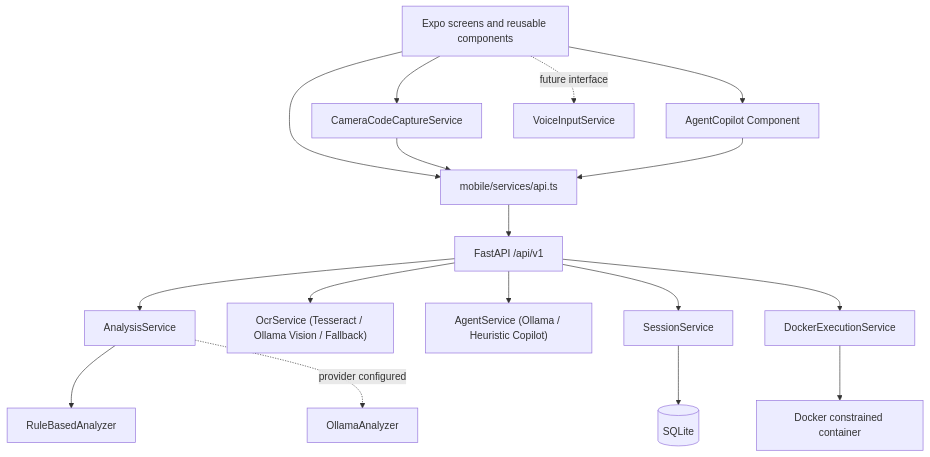
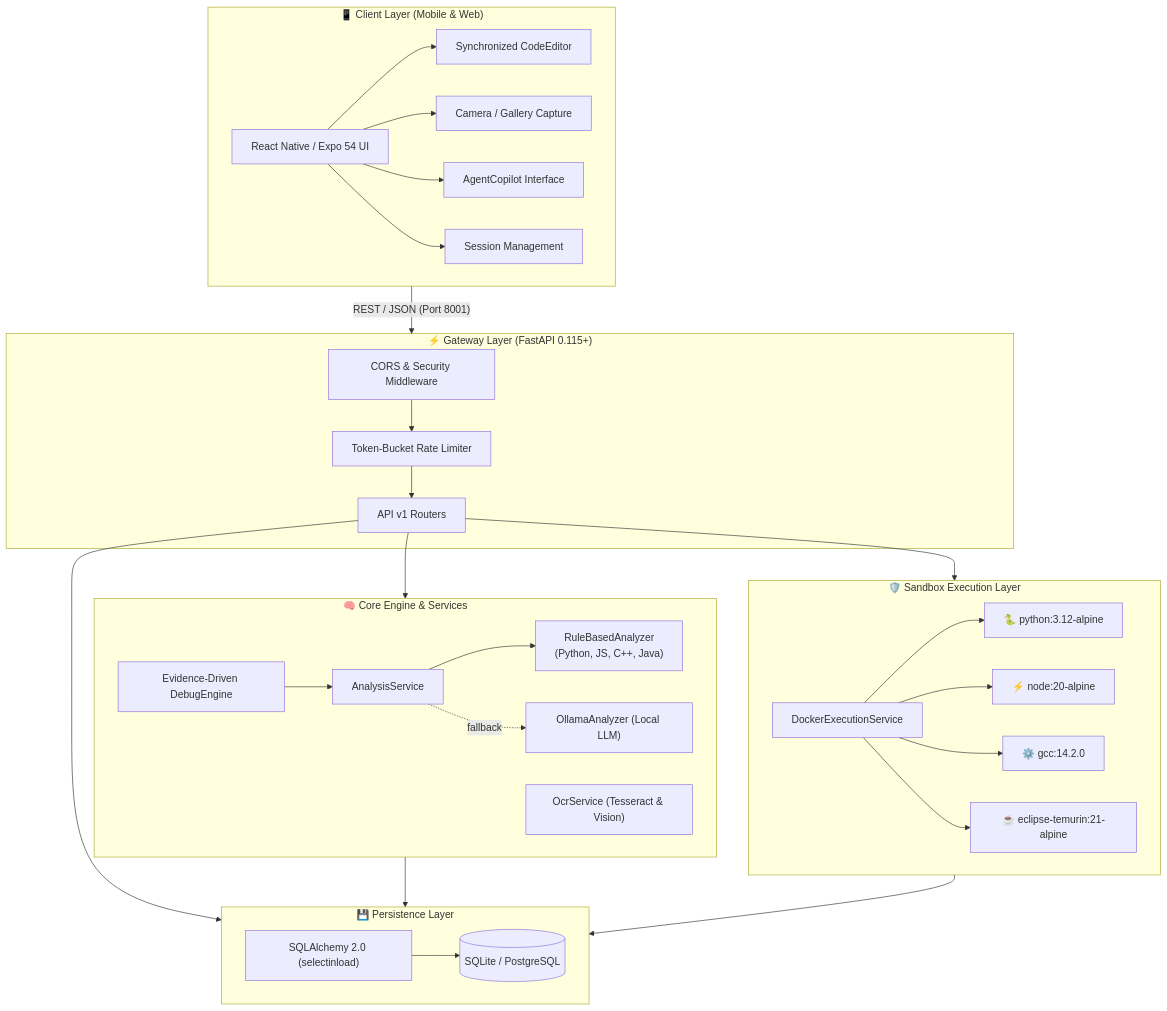
The first of 6 diagrams in docs/ARCHITECTURE.md (Bit-manipulators/DevLense), drawn with Mermaid before and after one commit. The commit also changed other lines of this file and 7 other files, not shown here.

````diff
--- a/docs/ARCHITECTURE.md
+++ b/docs/ARCHITECTURE.md
@@ -5,15 +43,59 @@
 ```mermaid
 flowchart TB
-  UI["Expo screens and reusable components"] --> API["mobile/services/api.ts"]
-  API --> REST["FastAPI /api/v1"]
-  REST --> AS["AnalysisService"]
-  AS --> RB["RuleBasedAnalyzer"]
-  AS -. provider configured .-> OL["OllamaAnalyzer"]
-  REST --> OCR["OcrService (Tesseract / Ollama Vision / Fallback)"]
-  REST --> AG["AgentService (Ollama / Heuristic Copilot)"]
-  REST --> SS["SessionService"] --> DB[("SQLite")]
-  REST --> ES["DockerExecutionService"] --> DC["Docker constrained container"]
-  UI --> CAM["CameraCodeCaptureService"] --> API
-  UI --> COPILOT["AgentCopilot Component"] --> API
-  UI -. future interface .-> VOICE["VoiceInputService"]
+    subgraph ClientLayer["📱 Client Layer (Mobile & Web)"]
+        UI["React Native / Expo 54 UI"]
+        Editor["Synchronized CodeEditor"]
+        Camera["Camera / Gallery Capture"]
+        Copilot["AgentCopilot Interface"]
+        History["Session Management"]
+        UI --> Editor
+        UI --> Camera
+        UI --> Copilot
+        UI --> History
+    end
+
+    subgraph APILayer["⚡ Gateway Layer (FastAPI 0.115+)"]
+        CORS["CORS & Security Middleware"]
+        Limiter["Token-Bucket Rate Limiter"]
+        Router["API v1 Routers"]
+        CORS --> Limiter --> Router
+    end
+
+    subgraph ServiceLayer["🧠 Core Engine & Services"]
+        AnalysisSvc["AnalysisService"]
+        RuleEngine["RuleBasedAnalyzer\n(Python, JS, C++, Java)"]
+        OllamaEngine["OllamaAnalyzer (Local LLM)"]
+        OcrSvc["OcrService (Tesseract & Vision)"]
+        DebugEngine["Evidence-Driven DebugEngine"]
+        
+        AnalysisSvc --> RuleEngine
+        AnalysisSvc -. fallback .-> OllamaEngine
+        DebugEngine --> AnalysisSvc
+    end
+
+    subgraph SandboxLayer["🛡️ Sandbox Execution Layer"]
+        DockerMgr["DockerExecutionService"]
+        PyBox["🐍 python:3.12-alpine"]
+        NodeBox["⚡ node:20-alpine"]
+        CppBox["⚙️ gcc:14.2.0"]
+        JavaBox["☕ eclipse-temurin:21-alpine"]
+        
+        DockerMgr --> PyBox
+        DockerMgr --> NodeBox
+        DockerMgr --> CppBox
+        DockerMgr --> JavaBox
+    end
+
+    subgraph DataLayer["💾 Persistence Layer"]
+        ORM["SQLAlchemy 2.0 (selectinload)"]
+        DB[(SQLite / PostgreSQL)]
+        ORM --> DB
+    end
+
+    ClientLayer -- "REST / JSON (Port 8001)" --> APILayer
+    Router --> ServiceLayer
+    Router --> SandboxLayer
+    Router --> DataLayer
+    ServiceLayer --> DataLayer
+    SandboxLayer --> DataLayer
 ```
````
